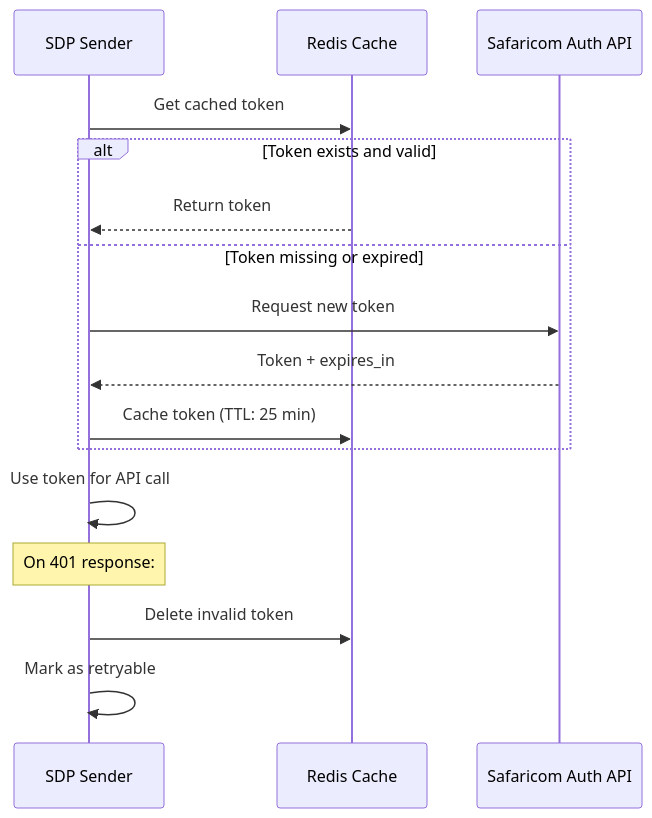
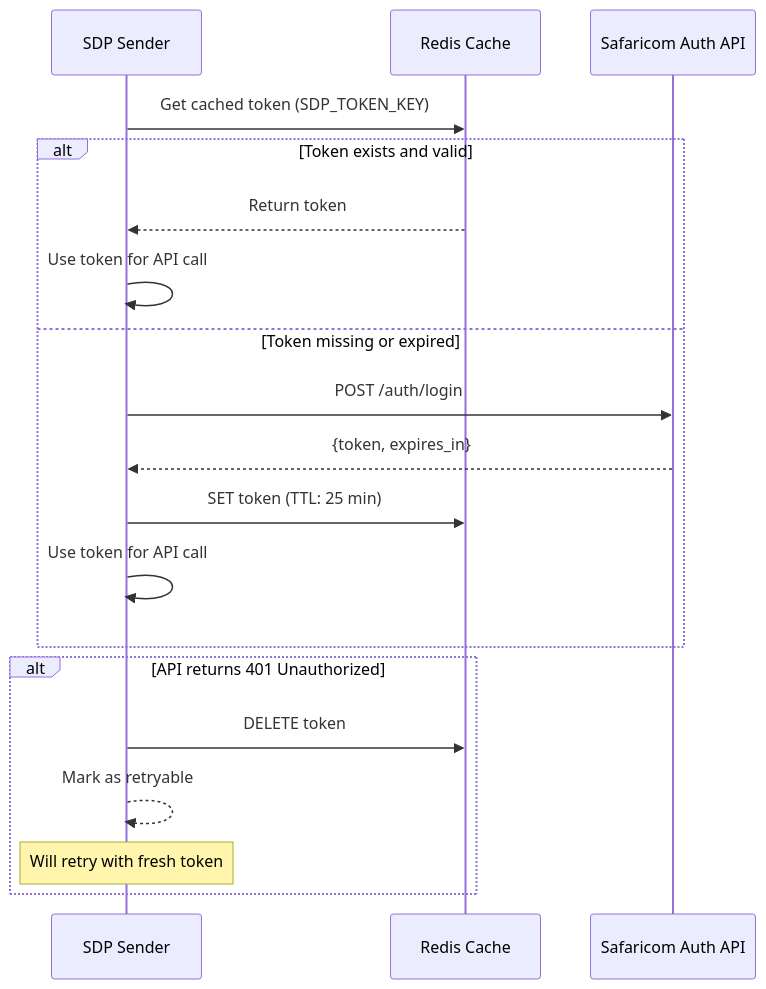
One commit to ElMonstro/sms-mno-gateway changed diagram 14 of 18 in docs/architecture.md. Above: the diagram before and after it, drawn with Mermaid. The commit also changed other lines of this file, not shown here.

Commit message:
Added Master Flow Diagram to arch docs

````diff
--- a/docs/architecture.md
+++ b/docs/architecture.md
@@ -444,22 +866,24 @@
 ```mermaid
 sequenceDiagram
     participant S as SDP Sender
     participant C as Redis Cache
     participant A as Safaricom Auth API
 
-    S->>C: Get cached token
+    S->>C: Get cached token (SDP_TOKEN_KEY)
 
     alt Token exists and valid
         C-->>S: Return token
+        S->>S: Use token for API call
     else Token missing or expired
-        S->>A: Request new token
-        A-->>S: Token + expires_in
-        S->>C: Cache token (TTL: 25 min)
+        S->>A: POST /auth/login
+        A-->>S: {token, expires_in}
+        S->>C: SET token (TTL: 25 min)
+        S->>S: Use token for API call
     end
 
-    S->>S: Use token for API call
-
-    Note over S: On 401 response:
-    S->>C: Delete invalid token
-    S->>S: Mark as retryable
+    alt API returns 401 Unauthorized
+        S->>C: DELETE token
+        S-->>S: Mark as retryable
+        Note over S: Will retry with fresh token
+    end
 ```
````
